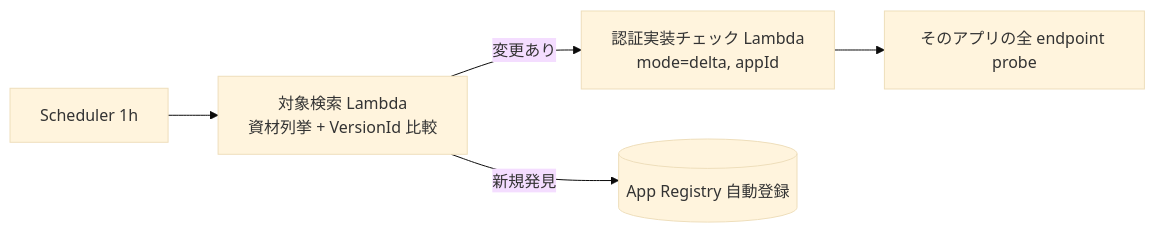
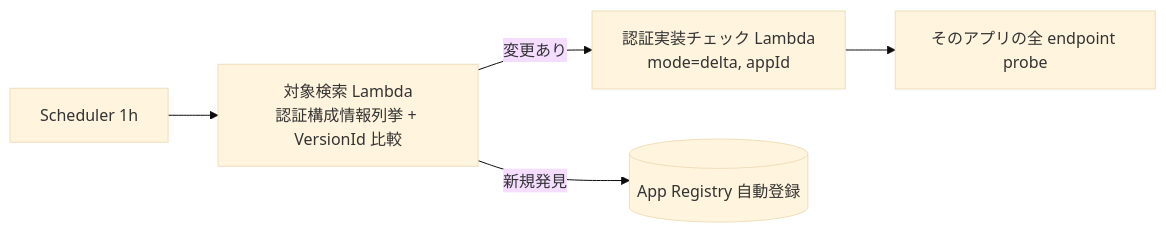
Before and after one commit to suepie/aws-atuh-poc: the second of 2 diagrams in doc/api-platform/basic-design/18-scan-modes-and-scheduling.md, drawn with Mermaid (base theme). The commit also changed other lines of this file and 18 other files, not shown here.

````diff
--- a/doc/api-platform/basic-design/18-scan-modes-and-scheduling.md
+++ b/doc/api-platform/basic-design/18-scan-modes-and-scheduling.md
@@ -73,7 +73,7 @@
 ```mermaid
 flowchart LR
-    SCH[Scheduler 1h] --> DISC[対象検索 Lambda<br/>資材列挙 + VersionId 比較]
+    SCH[Scheduler 1h] --> DISC[対象検索 Lambda<br/>認証構成情報列挙 + VersionId 比較]
     DISC -->|変更あり| L[認証実装チェック Lambda<br/>mode=delta, appId]
     DISC -->|新規発見| REG[(App Registry 自動登録)]
     L --> P[そのアプリの全 endpoint probe]
 ```
````
